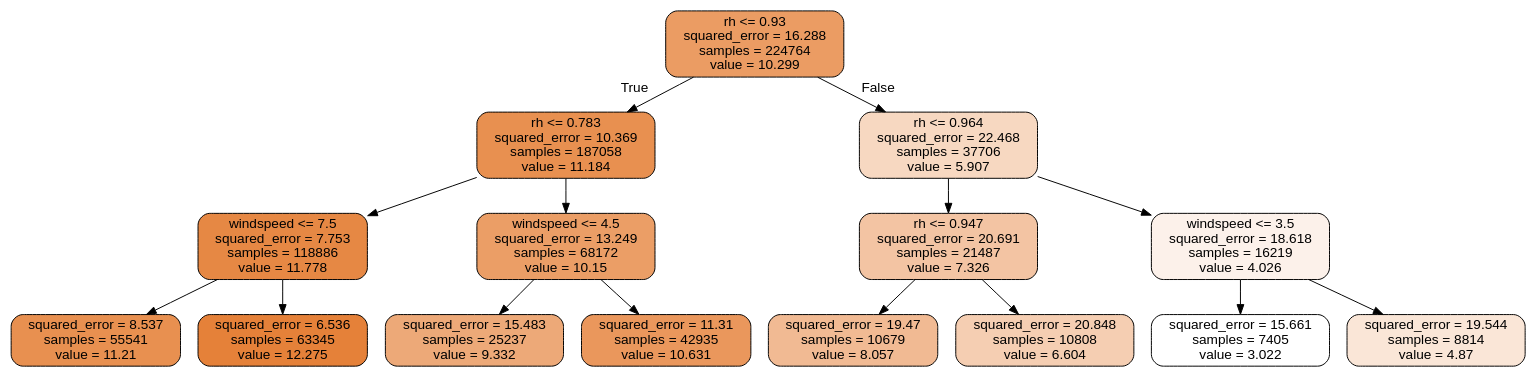
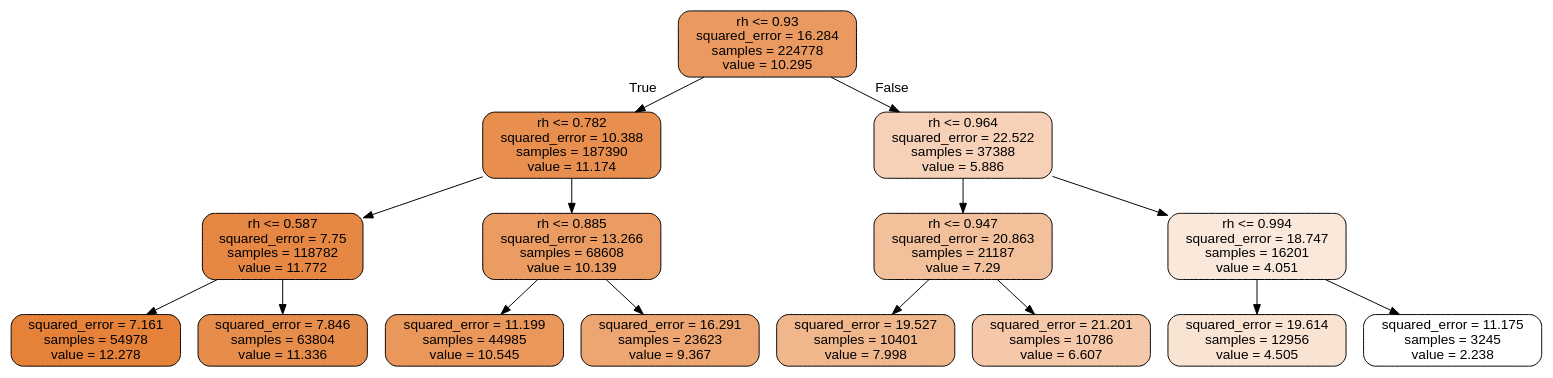
The diagram in Scripts/images/decision_trees/regression_tree.dot (paocorrales/arboles_y_bosques), drawn with Graphviz before and after one commit. The commit also changed 4 other files, not shown here.

```diff
--- a/Scripts/images/decision_trees/regression_tree.dot
+++ b/Scripts/images/decision_trees/regression_tree.dot
@@ -1,33 +1,33 @@
 digraph Tree {
 node [shape=box, style="filled, rounded", color="black", fontname="helvetica"] ;
 edge [fontname="helvetica"] ;
-0 [label="rh <= 0.93\nsquared_error = 16.288\nsamples = 224764\nvalue = 10.299", fillcolor="#eb9c63"] ;
-1 [label="rh <= 0.783\nsquared_error = 10.369\nsamples = 187058\nvalue = 11.184", fillcolor="#e89050"] ;
+0 [label="rh <= 0.93\nsquared_error = 16.284\nsamples = 224778\nvalue = 10.295", fillcolor="#ea9a60"] ;
+1 [label="rh <= 0.782\nsquared_error = 10.388\nsamples = 187390\nvalue = 11.174", fillcolor="#e88f4f"] ;
 0 -> 1 [labeldistance=2.5, labelangle=45, headlabel="True"] ;
-2 [label="windspeed <= 7.5\nsquared_error = 7.753\nsamples = 118886\nvalue = 11.778", fillcolor="#e68844"] ;
+2 [label="rh <= 0.587\nsquared_error = 7.75\nsamples = 118782\nvalue = 11.772", fillcolor="#e68743"] ;
 1 -> 2 ;
-3 [label="squared_error = 8.537\nsamples = 55541\nvalue = 11.21", fillcolor="#e89050"] ;
+3 [label="squared_error = 7.161\nsamples = 54978\nvalue = 12.278", fillcolor="#e58139"] ;
 2 -> 3 ;
-4 [label="squared_error = 6.536\nsamples = 63345\nvalue = 12.275", fillcolor="#e58139"] ;
+4 [label="squared_error = 7.846\nsamples = 63804\nvalue = 11.336", fillcolor="#e78d4c"] ;
 2 -> 4 ;
-5 [label="windspeed <= 4.5\nsquared_error = 13.249\nsamples = 68172\nvalue = 10.15", fillcolor="#eb9e66"] ;
+5 [label="rh <= 0.885\nsquared_error = 13.266\nsamples = 68608\nvalue = 10.139", fillcolor="#eb9c63"] ;
 1 -> 5 ;
-6 [label="squared_error = 15.483\nsamples = 25237\nvalue = 9.332", fillcolor="#eda978"] ;
+6 [label="squared_error = 11.199\nsamples = 44985\nvalue = 10.545", fillcolor="#e9975b"] ;
 5 -> 6 ;
-7 [label="squared_error = 11.31\nsamples = 42935\nvalue = 10.631", fillcolor="#ea975c"] ;
+7 [label="squared_error = 16.291\nsamples = 23623\nvalue = 9.367", fillcolor="#eda672"] ;
 5 -> 7 ;
-8 [label="rh <= 0.964\nsquared_error = 22.468\nsamples = 37706\nvalue = 5.907", fillcolor="#f7d8c1"] ;
+8 [label="rh <= 0.964\nsquared_error = 22.522\nsamples = 37388\nvalue = 5.886", fillcolor="#f6d1b7"] ;
 0 -> 8 [labeldistance=2.5, labelangle=-45, headlabel="False"] ;
-9 [label="rh <= 0.947\nsquared_error = 20.691\nsamples = 21487\nvalue = 7.326", fillcolor="#f3c4a3"] ;
+9 [label="rh <= 0.947\nsquared_error = 20.863\nsamples = 21187\nvalue = 7.29", fillcolor="#f2c09b"] ;
 8 -> 9 ;
-10 [label="squared_error = 19.47\nsamples = 10679\nvalue = 8.057", fillcolor="#f1ba93"] ;
+10 [label="squared_error = 19.527\nsamples = 10401\nvalue = 7.998", fillcolor="#f0b78d"] ;
 9 -> 10 ;
-11 [label="squared_error = 20.848\nsamples = 10808\nvalue = 6.604", fillcolor="#f5ceb2"] ;
+11 [label="squared_error = 21.201\nsamples = 10786\nvalue = 6.607", fillcolor="#f4c8a9"] ;
 9 -> 11 ;
-12 [label="windspeed <= 3.5\nsquared_error = 18.618\nsamples = 16219\nvalue = 4.026", fillcolor="#fcf1ea"] ;
+12 [label="rh <= 0.994\nsquared_error = 18.747\nsamples = 16201\nvalue = 4.051", fillcolor="#fae8db"] ;
 8 -> 12 ;
-13 [label="squared_error = 15.661\nsamples = 7405\nvalue = 3.022", fillcolor="#ffffff"] ;
+13 [label="squared_error = 19.614\nsamples = 12956\nvalue = 4.505", fillcolor="#f9e3d2"] ;
 12 -> 13 ;
-14 [label="squared_error = 19.544\nsamples = 8814\nvalue = 4.87", fillcolor="#fae6d7"] ;
+14 [label="squared_error = 11.175\nsamples = 3245\nvalue = 2.238", fillcolor="#ffffff"] ;
 12 -> 14 ;
 }
```
